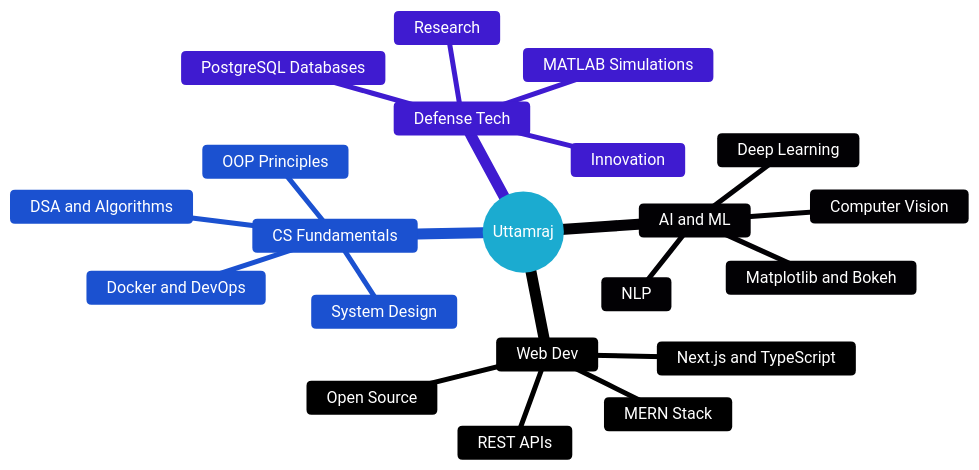
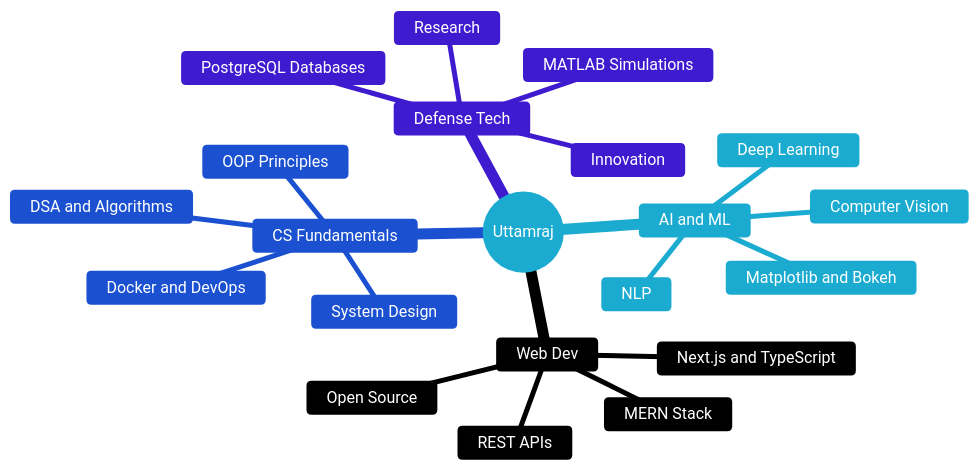
The diagram in README.md (codexuttam/codexuttam), drawn with Mermaid before and after one commit.

Commit message:
style: update mermaid chart secondary color

````diff
--- a/README.md
+++ b/README.md
@@ -187,43 +187,43 @@
 ```mermaid
 %%{init: {
   'theme': 'base',
   'themeVariables': {
     'primaryColor': '#7cd7eeff',
     'primaryTextColor': '#ffffff',
     'primaryBorderColor': '#58A6FF',
     'lineColor': '#58A6FF',
-    'secondaryColor': '#2d1b69',
+    'secondaryColor': '#7cd7eeff',
     'secondaryTextColor': '#ffffff',
     'secondaryBorderColor': '#9B59B6',
     'tertiaryColor': '#1a3d2f',
     'tertiaryTextColor': '#ffffff',
     'tertiaryBorderColor': '#2ecc71',
     'background': '#0d1117',
     'edgeLabelBackground': '#0d1117',
     'titleColor': '#58A6FF',
     'fontFamily': 'monospace'
   }
 }}%%
 mindmap
   root((Uttamraj))
     AI and ML
       Deep Learning
       Computer Vision
       NLP
       Matplotlib and Bokeh
     Web Dev
       MERN Stack
       Next.js and TypeScript
       REST APIs
       Open Source
     CS Fundamentals
       DSA and Algorithms
       OOP Principles
       System Design
       Docker and DevOps
     Defense Tech
       Research
       Innovation
       MATLAB Simulations
       PostgreSQL Databases
 ```
````
